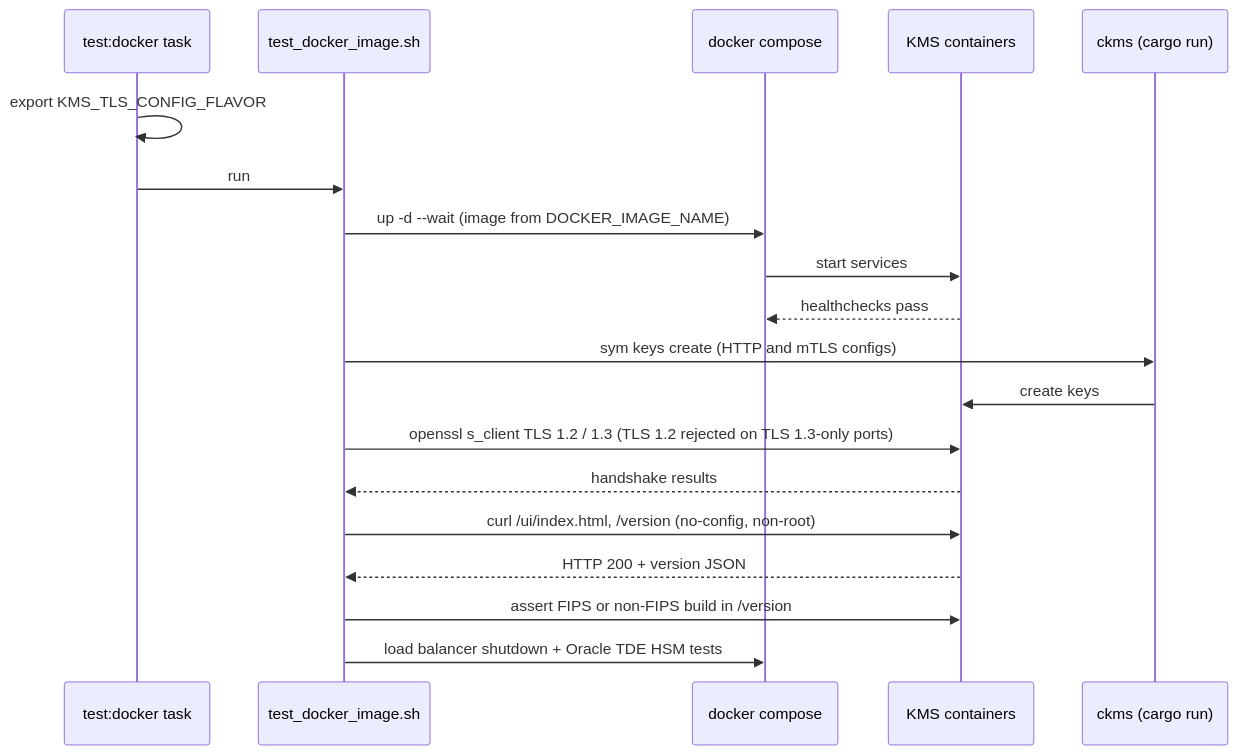
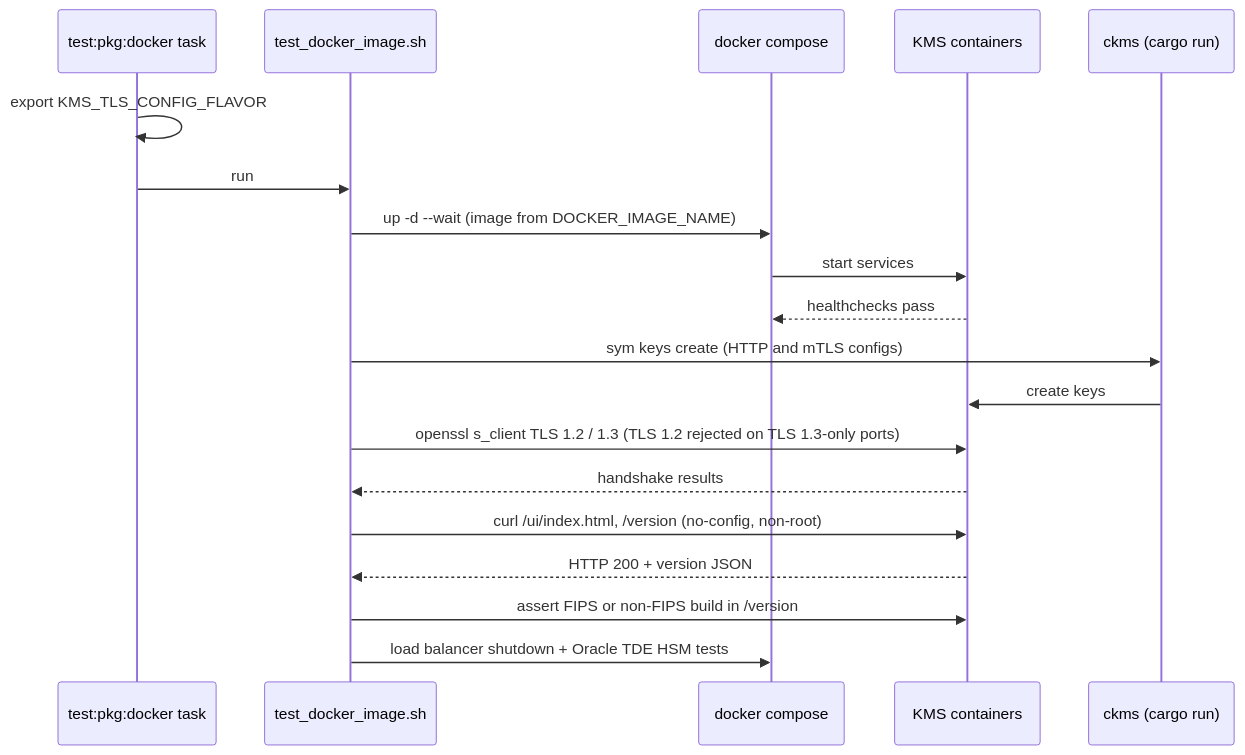
Diagram 50 of 55 in .mise/tasks/test/README.md (Cosmian/kms), drawn with Mermaid before and after one commit. The commit also changed other lines of this file and 301 other files, not shown here.

````diff
--- a/.mise/tasks/test/README.md
+++ b/.mise/tasks/test/README.md
@@ -1499,22 +1472,22 @@
 ```mermaid
 sequenceDiagram
-    participant Task as test:docker task
+    participant Task as test:pkg:docker task
     participant Script as test_docker_image.sh
     participant Compose as docker compose
     participant KMS as KMS containers
     participant Ckms as ckms (cargo run)
 
     Task->>Task: export KMS_TLS_CONFIG_FLAVOR
     Task->>Script: run
     Script->>Compose: up -d --wait (image from DOCKER_IMAGE_NAME)
     Compose->>KMS: start services
     KMS-->>Compose: healthchecks pass
     Script->>Ckms: sym keys create (HTTP and mTLS configs)
     Ckms->>KMS: create keys
     Script->>KMS: openssl s_client TLS 1.2 / 1.3 (TLS 1.2 rejected on TLS 1.3-only ports)
     KMS-->>Script: handshake results
     Script->>KMS: curl /ui/index.html, /version (no-config, non-root)
     KMS-->>Script: HTTP 200 + version JSON
     Script->>KMS: assert FIPS or non-FIPS build in /version
     Script->>Compose: load balancer shutdown + Oracle TDE HSM tests
 ```
````
